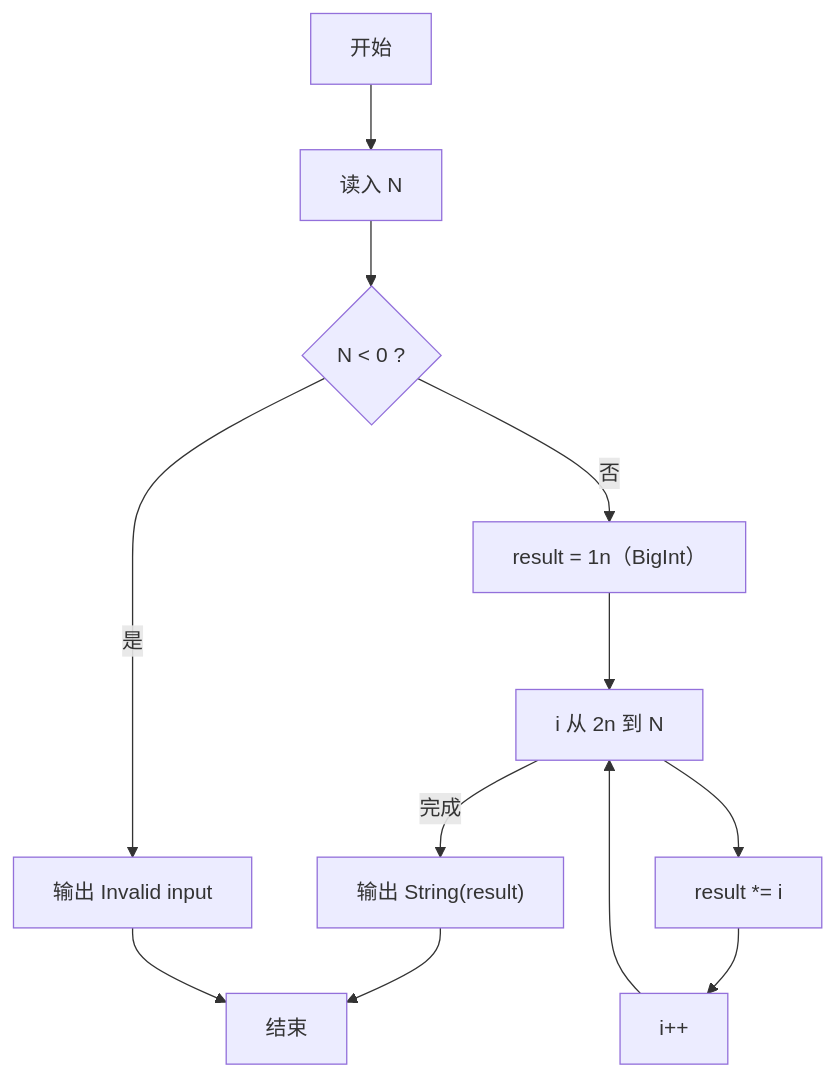
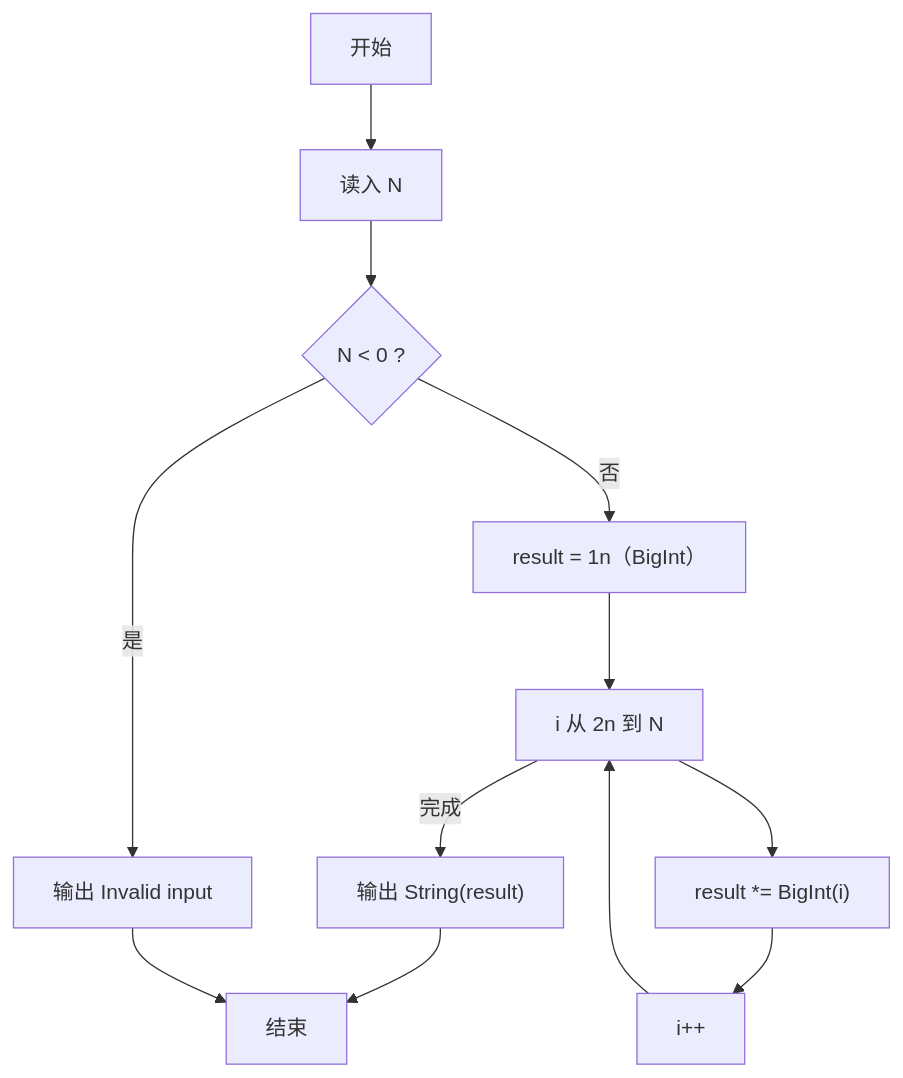
Before and after one commit to pta-program/pta_basic_program_article_by_javascript: the second of 2 diagrams in 函数题/PTA基础编程题目集 6-10阶乘计算升级版（JavaScript实现）.md, drawn with Mermaid. The commit also changed other lines of this file and 50 other files, not shown here.

````diff
--- a/函数题/PTA基础编程题目集 6-10阶乘计算升级版（JavaScript实现）.md
+++ b/函数题/PTA基础编程题目集 6-10阶乘计算升级版（JavaScript实现）.md
@@ -141,14 +177,14 @@
 ```mermaid
 flowchart TD
   A["开始"] --> B["读入 N"]
   B --> C{"N < 0 ?"}
   C -- "是" --> D["输出 Invalid input"]
   C -- "否" --> E["result = 1n（BigInt）"]
   E --> F["i 从 2n 到 N"]
-  F --> G["result *= i"]
+  F --> G["result *= BigInt(i)"]
   G --> H["i++"]
   H --> F
   F -- "完成" --> I["输出 String(result)"]
   I --> J["结束"]
   D --> J
 ```
````
